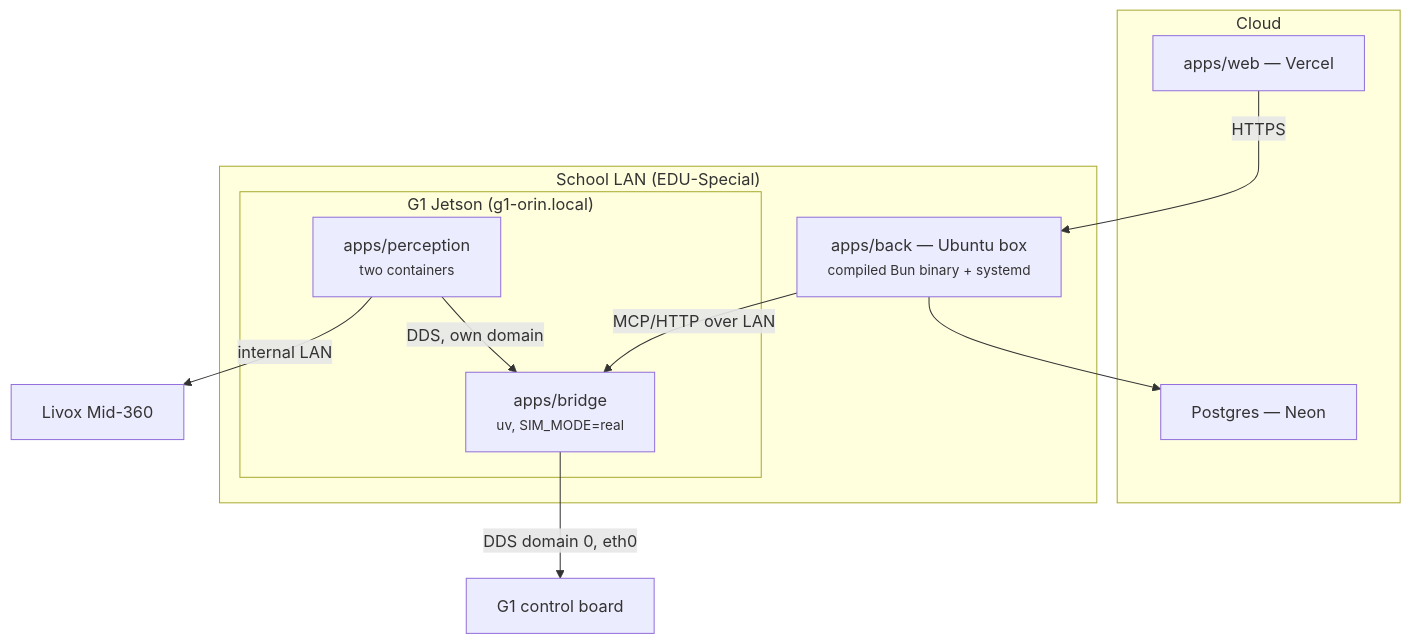
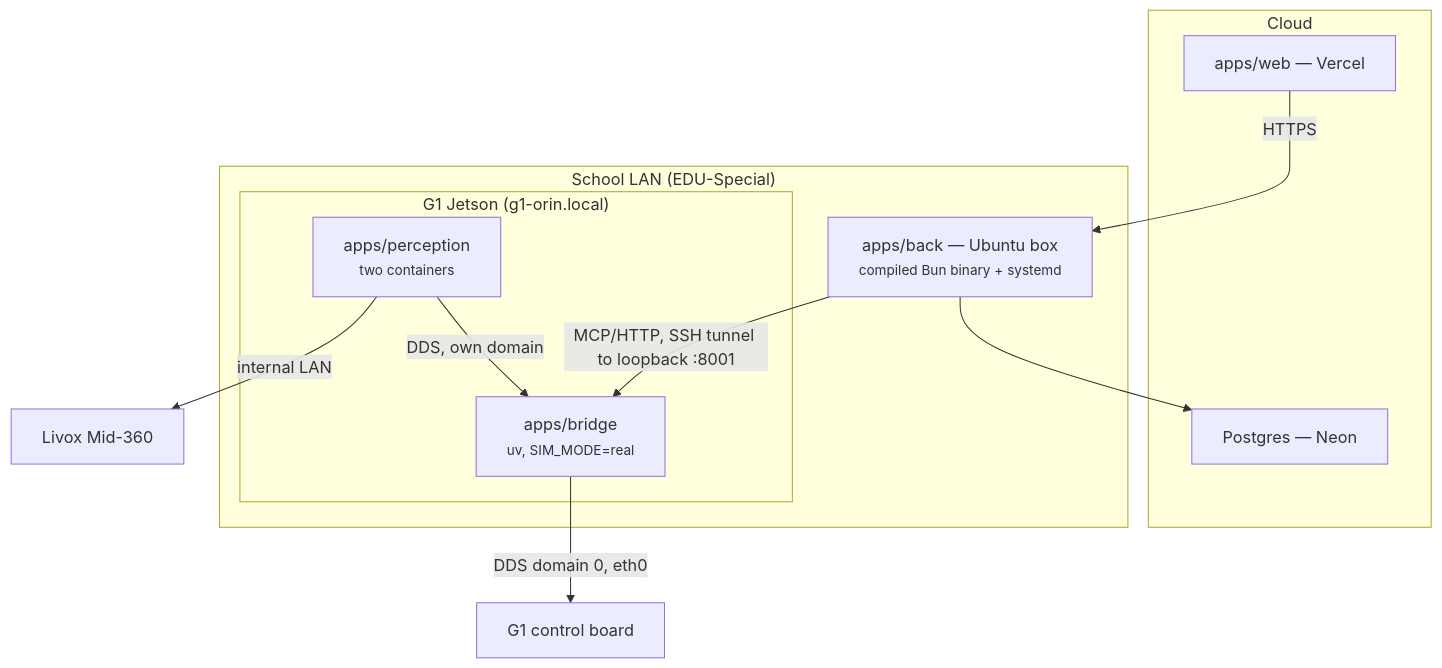
Before and after one commit to mercho40/C3PO: the diagram in docs/OPERATIONS.md, drawn with Mermaid. The commit also changed other lines of this file and 10 other files, not shown here.

First line of the commit message:
docs: the bridge is on loopback, the camera goes through back, the unit is a copy

````diff
--- a/docs/OPERATIONS.md
+++ b/docs/OPERATIONS.md
@@ -18,25 +18,25 @@
 ```mermaid
 flowchart TB
   subgraph CLOUD["Cloud"]
     VERCEL["apps/web — Vercel"]
     NEON["Postgres — Neon"]
   end
 
   subgraph LAN["School LAN (EDU-Special)"]
     UBUNTU["apps/back — Ubuntu box<br/><small>compiled Bun binary + systemd</small>"]
     subgraph JETSON["G1 Jetson (g1-orin.local)"]
       BRIDGE["apps/bridge<br/><small>uv, SIM_MODE=real</small>"]
       PERCEPTION["apps/perception<br/><small>two containers</small>"]
     end
   end
 
   CTRL["G1 control board"]
   LIDAR["Livox Mid-360"]
 
   VERCEL -->|HTTPS| UBUNTU
-  UBUNTU -->|"MCP/HTTP over LAN"| BRIDGE
+  UBUNTU -->|"MCP/HTTP, SSH tunnel to loopback :8001"| BRIDGE
   UBUNTU --> NEON
   PERCEPTION -->|"DDS, own domain"| BRIDGE
   BRIDGE -->|"DDS domain 0, eth0"| CTRL
   PERCEPTION -->|"internal LAN"| LIDAR
 ```
````
